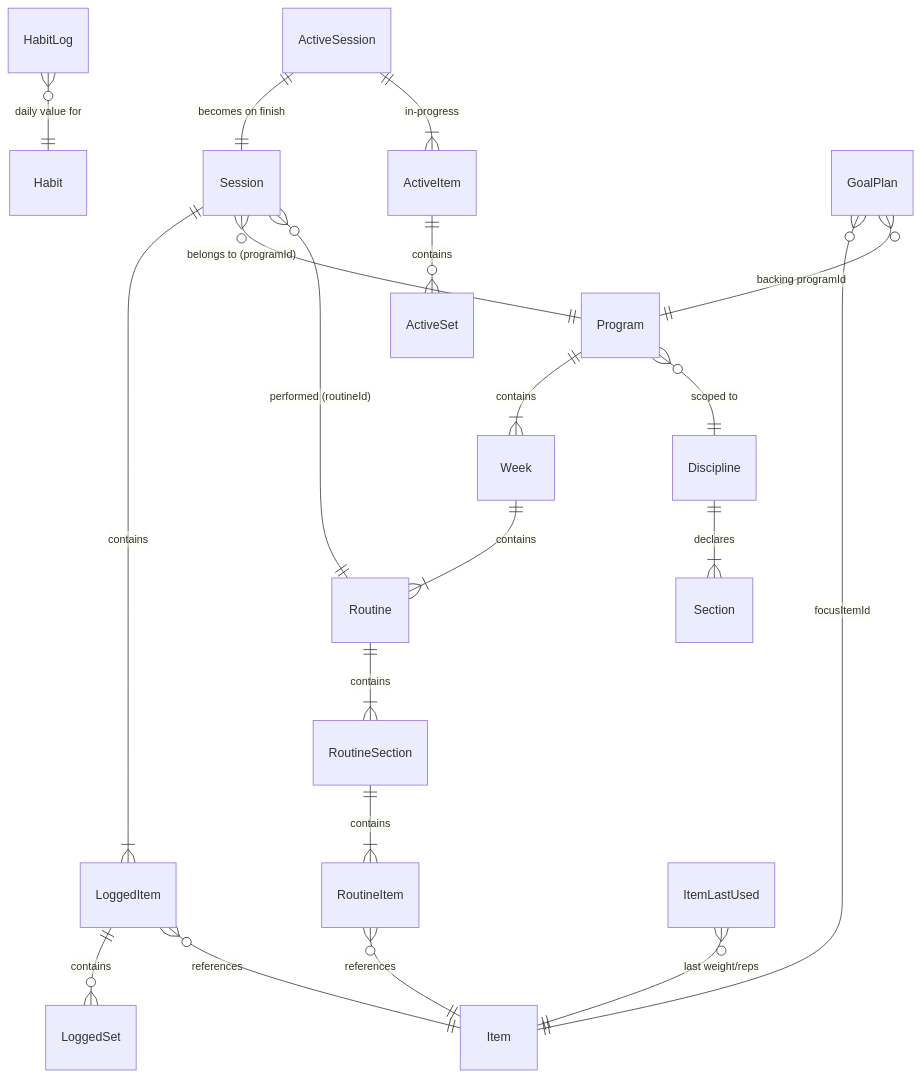
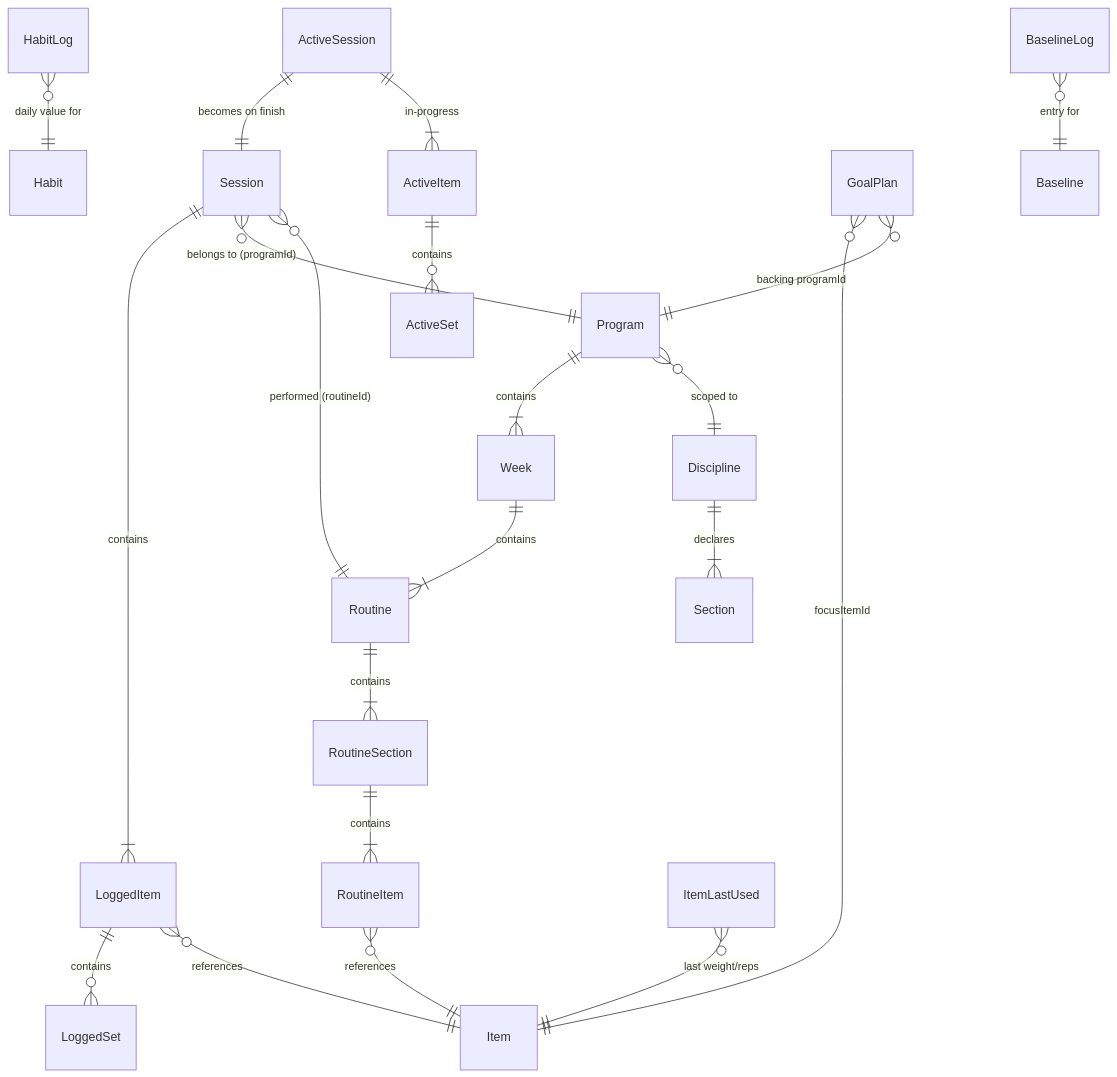
The diagram in docs/architecture/data-model.md (jermbo/CosmicWorkOut), drawn with Mermaid before and after one commit. The commit also changed other lines of this file and 18 other files, not shown here.

````diff
--- a/docs/architecture/data-model.md
+++ b/docs/architecture/data-model.md
@@ -399,22 +437,23 @@
 ```mermaid
 erDiagram
     Discipline ||--|{ Section : declares
     Program }o--|| Discipline : "scoped to"
     Program ||--|{ Week : contains
     Week ||--|{ Routine : contains
     Routine ||--|{ RoutineSection : contains
     RoutineSection ||--|{ RoutineItem : contains
     RoutineItem }o--|| Item : references
     Session }o--|| Routine : "performed (routineId)"
     Session }o--|| Program : "belongs to (programId)"
     Session ||--|{ LoggedItem : contains
     LoggedItem }o--|| Item : references
     LoggedItem ||--o{ LoggedSet : contains
     ActiveSession ||--|{ ActiveItem : "in-progress"
     ActiveItem ||--o{ ActiveSet : contains
     ActiveSession ||--|| Session : "becomes on finish"
     ItemLastUsed }o--|| Item : "last weight/reps"
     HabitLog }o--|| Habit : "daily value for"
     GoalPlan }o--|| Program : "backing programId"
     GoalPlan }o--|| Item : "focusItemId"
+    BaselineLog }o--|| Baseline : "entry for"
 ```
````
